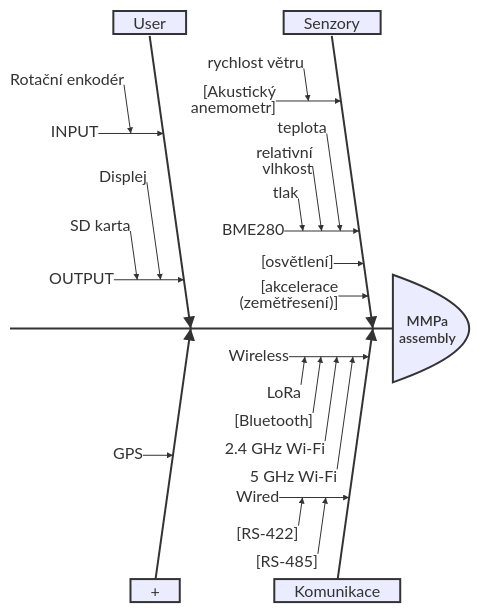
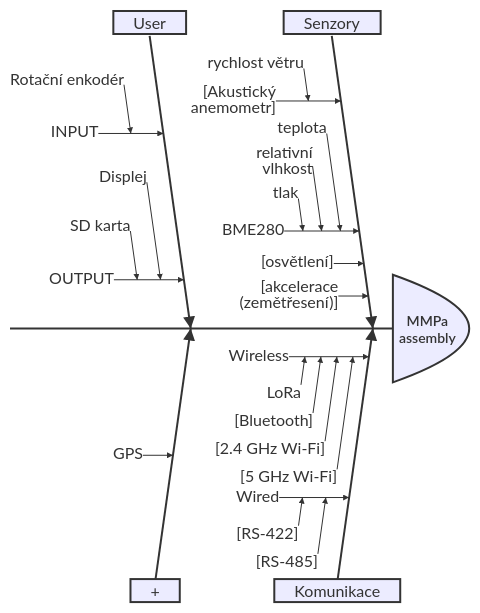
One commit to tym-pentagon/mmpa-meteo changed the diagram in Informace/README.md. Above: the diagram before and after it, drawn with Mermaid.

Commit message:
Upravena dokumentace - Wi-Fi ještě není implementována

````diff
--- a/Informace/README.md
+++ b/Informace/README.md
@@ -12,30 +12,30 @@
 ```mermaid
 ishikawa-beta
     MMPa assembly
     Senzory
         [Akustický anemometr]
           rychlost větru
         BME280
           teplota
           relativní vlhkost
           tlak
         [osvětlení]
         [akcelerace (zemětřesení)]
     Komunikace
         Wireless
           LoRa
           [Bluetooth]
-          2.4 GHz Wi-Fi
-          5 GHz Wi-Fi
+          [2.4 GHz Wi-Fi]
+          [5 GHz Wi-Fi]
         Wired
           [RS-422]
           [RS-485]
     User
         INPUT
             Rotační enkodér
         OUTPUT
             Displej
             SD karta
     +
       GPS
 ```
````
